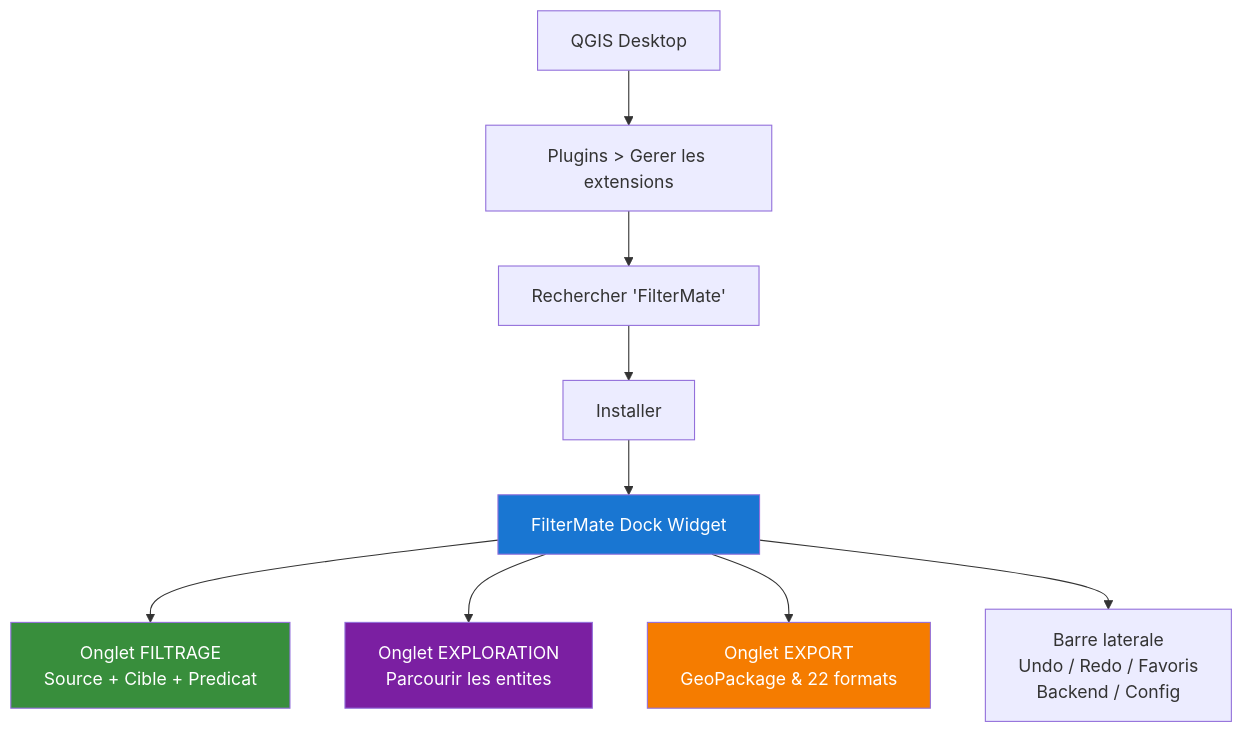
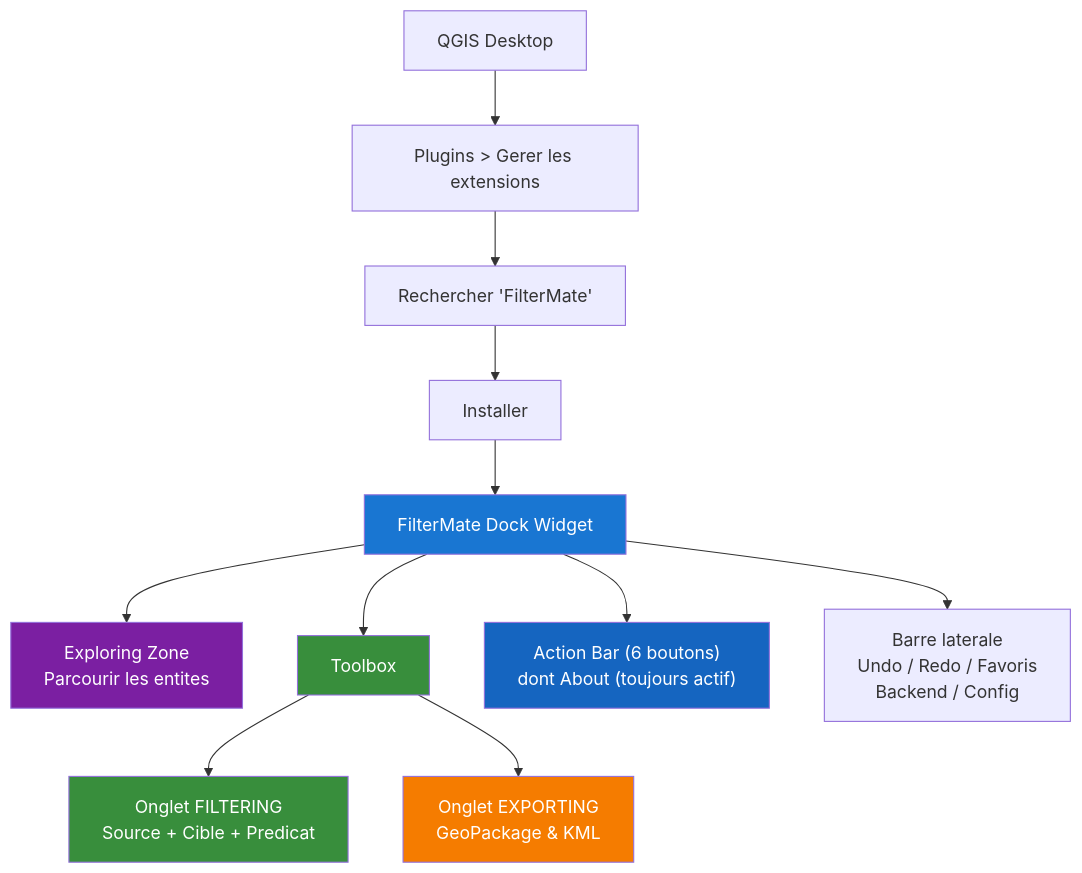
The second of 23 diagrams in website/TUTORIAL_SERIES_AUDIT.md (imagodata/filter_mate), drawn with Mermaid before and after one commit. The commit also changed other lines of this file and 10 other files, not shown here.

First line of the commit message:
Add 10 tutorial video scripts with 46 Mermaid diagrams (5997 lines)

````diff
--- a/website/TUTORIAL_SERIES_AUDIT.md
+++ b/website/TUTORIAL_SERIES_AUDIT.md
@@ -97,18 +105,22 @@
 ```mermaid
 graph TD
     QGIS["QGIS Desktop"] --> INSTALL["Plugins > Gerer les extensions"]
     INSTALL --> SEARCH["Rechercher 'FilterMate'"]
     SEARCH --> CLICK["Installer"]
     CLICK --> DOCK["FilterMate Dock Widget"]
 
-    DOCK --> TAB1["Onglet FILTRAGE<br/>Source + Cible + Predicat"]
-    DOCK --> TAB2["Onglet EXPLORATION<br/>Parcourir les entites"]
-    DOCK --> TAB3["Onglet EXPORT<br/>GeoPackage & 22 formats"]
+    DOCK --> EZ["Exploring Zone<br/>Parcourir les entites"]
+    DOCK --> TOOLBOX["Toolbox"]
+    TOOLBOX --> TAB_FILT["Onglet FILTERING<br/>Source + Cible + Predicat"]
+    TOOLBOX --> TAB_EXP["Onglet EXPORTING<br/>GeoPackage & KML"]
+    DOCK --> ACTIONBAR["Action Bar (6 boutons)<br/>dont About (toujours actif)"]
 
     DOCK --> SIDEBAR["Barre laterale<br/>Undo / Redo / Favoris<br/>Backend / Config"]
 
     style DOCK fill:#1976D2,color:#fff
-    style TAB1 fill:#388E3C,color:#fff
-    style TAB2 fill:#7B1FA2,color:#fff
-    style TAB3 fill:#F57C00,color:#fff
+    style EZ fill:#7B1FA2,color:#fff
+    style TOOLBOX fill:#388E3C,color:#fff
+    style TAB_FILT fill:#388E3C,color:#fff
+    style TAB_EXP fill:#F57C00,color:#fff
+    style ACTIONBAR fill:#1565C0,color:#fff
 ```
````
